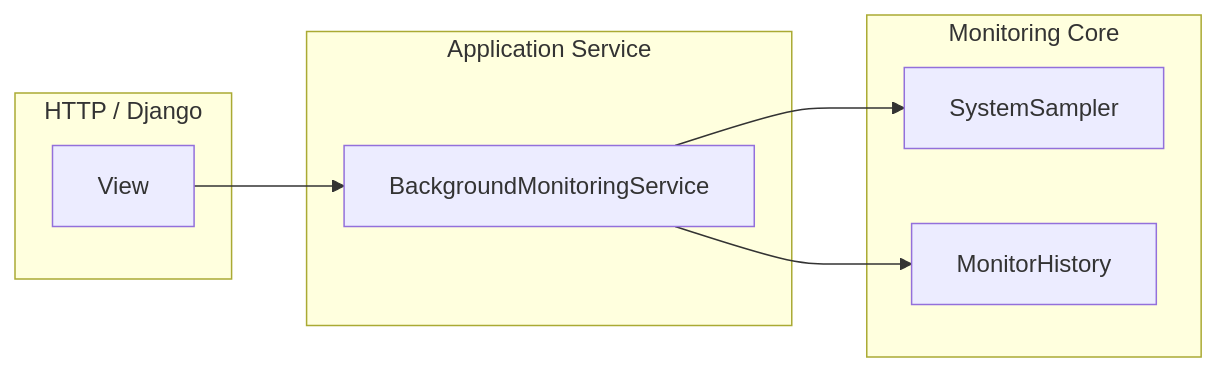
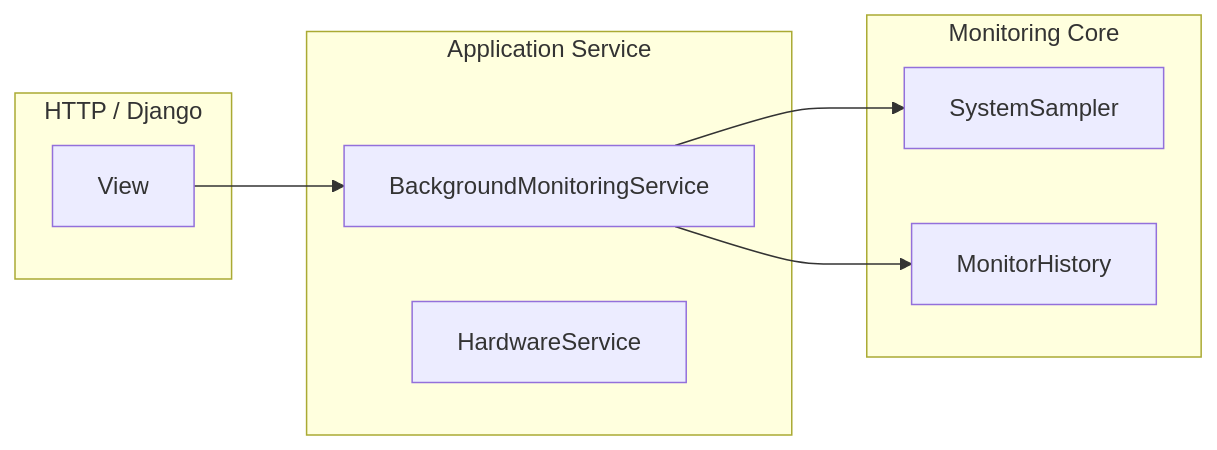
Before and after one commit to IronRon/Sys-Monitor: diagram 16 of 32 in docs/architecture.md, drawn with Mermaid. The commit also changed other lines of this file and 19 other files, not shown here.

````diff
--- a/docs/architecture.md
+++ b/docs/architecture.md
@@ -920,19 +942,20 @@
 ```mermaid
 flowchart LR
     subgraph Django["HTTP / Django"]
         VIEW["View"]
     end
 
     subgraph ServiceLayer["Application Service"]
         SERVICE["BackgroundMonitoringService"]
+        HSERVICE["HardwareService"]
     end
 
     subgraph Core["Monitoring Core"]
         SAMPLE["SystemSampler"]
         HISTORY["MonitorHistory"]
     end
 
     VIEW --> SERVICE
     SERVICE --> SAMPLE
     SERVICE --> HISTORY
 ```
````
